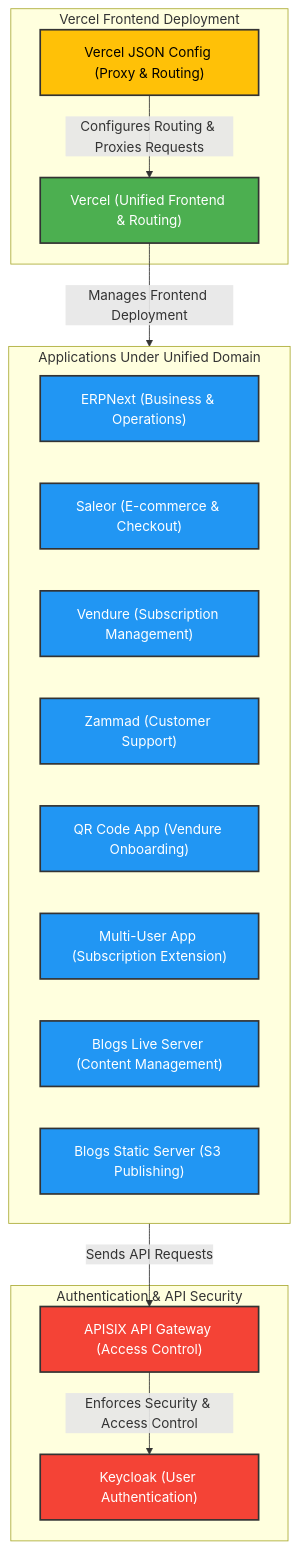
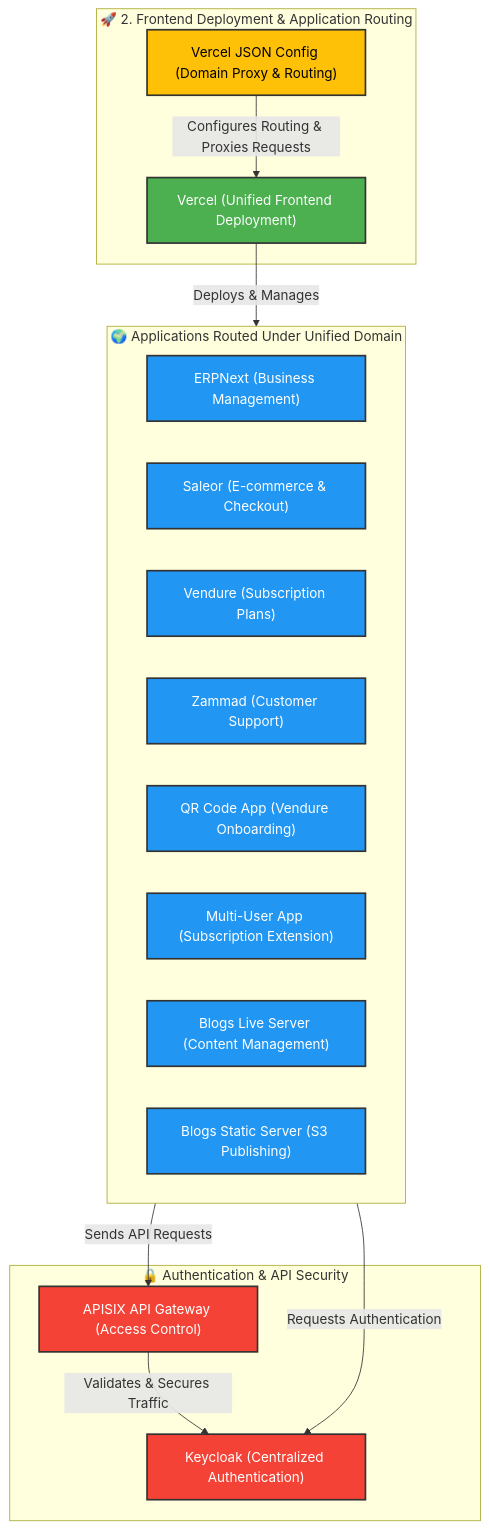
Before and after one commit to LuigiClemente/workflow: the second of 10 diagrams in README.md, drawn with Mermaid.

````diff
--- a/README.md
+++ b/README.md
@@ -59,39 +59,41 @@
 ```mermaid
-flowchart TD
+flowchart TB
     %% Define Colors
     classDef vercelStyle fill:#4CAF50,stroke:#333,stroke-width:2px,color:#fff;
     classDef appStyle fill:#2196F3,stroke:#333,stroke-width:2px,color:#fff;
+    classDef routingStyle fill:#FFC107,stroke:#333,stroke-width:2px,color:#000;
     classDef securityStyle fill:#F44336,stroke:#333,stroke-width:2px,color:#fff;
-    classDef routingStyle fill:#FFC107,stroke:#333,stroke-width:2px,color:#000;
 
     %% Frontend Deployment via Vercel
-    subgraph Vercel_Deployment["Vercel Frontend Deployment"]
-        Vercel["Vercel (Unified Frontend & Routing)"]:::vercelStyle
-        JSONConfig["Vercel JSON Config (Proxy & Routing)"]:::routingStyle
+    subgraph Vercel_Deployment["🚀 2. Frontend Deployment & Application Routing"]
+        Vercel["Vercel (Unified Frontend Deployment)"]:::vercelStyle
+        JSONConfig["Vercel JSON Config (Domain Proxy & Routing)"]:::routingStyle
     end
 
     %% Applications Routed via Vercel
-    subgraph Applications["Applications Under Unified Domain"]
-        ERPNext["ERPNext (Business & Operations)"]:::appStyle
+    subgraph Applications["🌍 Applications Routed Under Unified Domain"]
+        ERPNext["ERPNext (Business Management)"]:::appStyle
         Saleor["Saleor (E-commerce & Checkout)"]:::appStyle
-        Vendure["Vendure (Subscription Management)"]:::appStyle
+        Vendure["Vendure (Subscription Plans)"]:::appStyle
         Zammad["Zammad (Customer Support)"]:::appStyle
         QRCodeApp["QR Code App (Vendure Onboarding)"]:::appStyle
         MultiUserApp["Multi-User App (Subscription Extension)"]:::appStyle
         BlogsLive["Blogs Live Server (Content Management)"]:::appStyle
         BlogsStatic["Blogs Static Server (S3 Publishing)"]:::appStyle
     end
 
     %% Security Layer
-    subgraph Security["Authentication & API Security"]
+    subgraph Security["🔒 Authentication & API Security"]
         APISIX["APISIX API Gateway (Access Control)"]:::securityStyle
-        Keycloak["Keycloak (User Authentication)"]:::securityStyle
+        Keycloak["Keycloak (Centralized Authentication)"]:::securityStyle
     end
 
     %% Connections
-    Vercel -->|Manages Frontend Deployment| Applications
+    Vercel -->|Deploys & Manages| Applications
     JSONConfig -->|Configures Routing & Proxies Requests| Vercel
+    Applications -->|Requests Authentication| Keycloak
     Applications -->|Sends API Requests| APISIX
-    APISIX -->|Enforces Security & Access Control| Keycloak
+    APISIX -->|Validates & Secures Traffic| Keycloak
+
 
 ```
````
